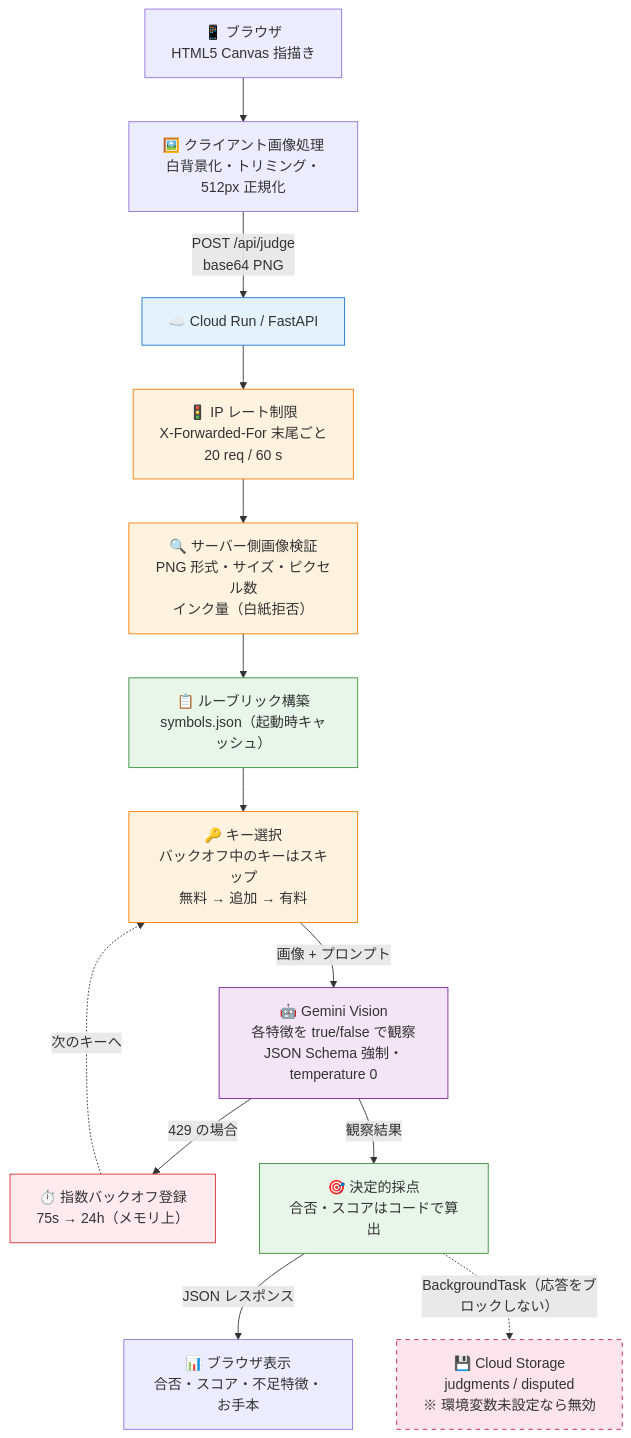
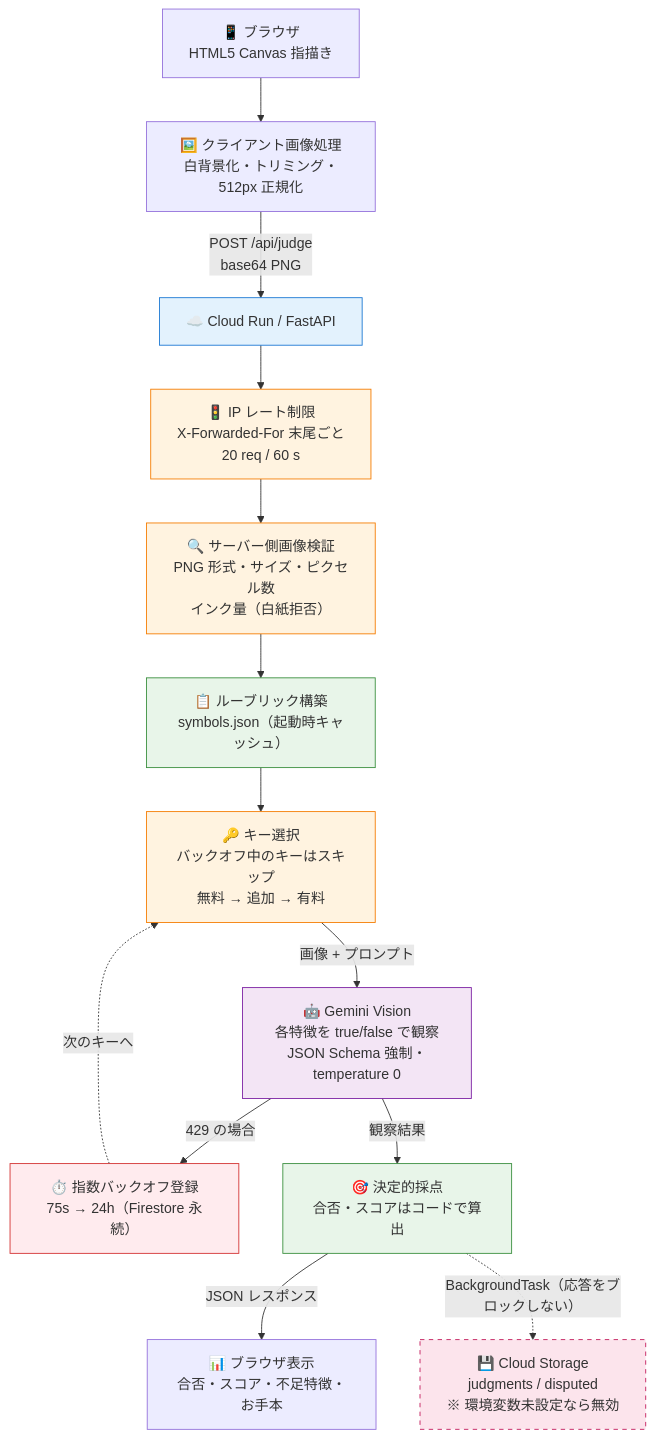
One commit to naritaku/zukigou-drill changed the diagram in docs/ARCHITECTURE.md. Above: the diagram before and after it, drawn with Mermaid. The commit also changed other lines of this file and 2 other files, not shown here.

First line of the commit message:
docs: Realign ARCHITECTURE/DEVELOPMENT/requirements with implemented Firestore persistence

````diff
--- a/docs/ARCHITECTURE.md
+++ b/docs/ARCHITECTURE.md
@@ -7,26 +7,26 @@
 ```mermaid
 graph TD
     A["📱 ブラウザ<br/>HTML5 Canvas 指描き"] --> B["🖼️ クライアント画像処理<br/>白背景化・トリミング・512px 正規化"]
     B -->|"POST /api/judge<br/>base64 PNG"| C["☁️ Cloud Run / FastAPI"]
 
     C --> D["🚦 IP レート制限<br/>X-Forwarded-For 末尾ごと<br/>20 req / 60 s"]
     D --> E["🔍 サーバー側画像検証<br/>PNG 形式・サイズ・ピクセル数<br/>インク量（白紙拒否）"]
     E --> F["📋 ルーブリック構築<br/>symbols.json（起動時キャッシュ）"]
     F --> G["🔑 キー選択<br/>バックオフ中のキーはスキップ<br/>無料 → 追加 → 有料"]
     G -->|"画像 + プロンプト"| H["🤖 Gemini Vision<br/>各特徴を true/false で観察<br/>JSON Schema 強制・temperature 0"]
-    H -->|"429 の場合"| I["⏱️ 指数バックオフ登録<br/>75s → 24h（メモリ上）"]
+    H -->|"429 の場合"| I["⏱️ 指数バックオフ登録<br/>75s → 24h（Firestore 永続）"]
     I -.->|"次のキーへ"| G
     H -->|"観察結果"| J["🎯 決定的採点<br/>合否・スコアはコードで算出"]
     J -->|"JSON レスポンス"| K["📊 ブラウザ表示<br/>合否・スコア・不足特徴・お手本"]
     J -.->|"BackgroundTask（応答をブロックしない）"| L["💾 Cloud Storage<br/>judgments / disputed<br/>※ 環境変数未設定なら無効"]
 
     style C fill:#e3f2fd,stroke:#1976d2
     style D fill:#fff3e0,stroke:#f57c00
     style E fill:#fff3e0,stroke:#f57c00
     style F fill:#e8f5e9,stroke:#388e3c
     style G fill:#fff3e0,stroke:#f57c00
     style H fill:#f3e5f5,stroke:#7b1fa2
     style I fill:#ffebee,stroke:#d32f2f
     style J fill:#e8f5e9,stroke:#388e3c
     style L fill:#fce4ec,stroke:#c2185b,stroke-dasharray: 5 5
 ```
````
